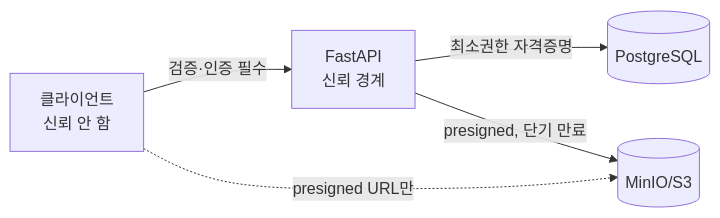
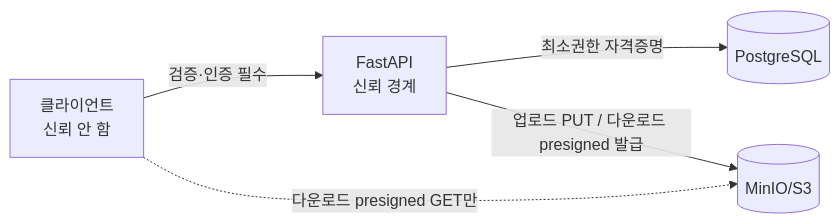
One commit to dalli/boards changed the diagram in docs/architecture/security.md. Above: the diagram before and after it, drawn with Mermaid. The commit also changed other lines of this file and 11 other files, not shown here.

````diff
--- a/docs/architecture/security.md
+++ b/docs/architecture/security.md
@@ -24,7 +72,7 @@
 ```mermaid
 graph LR
   C[클라이언트<br/>신뢰 안 함] -->|검증·인증 필수| API[FastAPI<br/>신뢰 경계]
   API -->|최소권한 자격증명| DB[(PostgreSQL)]
-  API -->|presigned, 단기 만료| S3[(MinIO/S3)]
-  C -.->|presigned URL만| S3
+  API -->|업로드 PUT / 다운로드 presigned 발급| S3[(MinIO/S3)]
+  C -.->|다운로드 presigned GET만| S3
 ```
````
